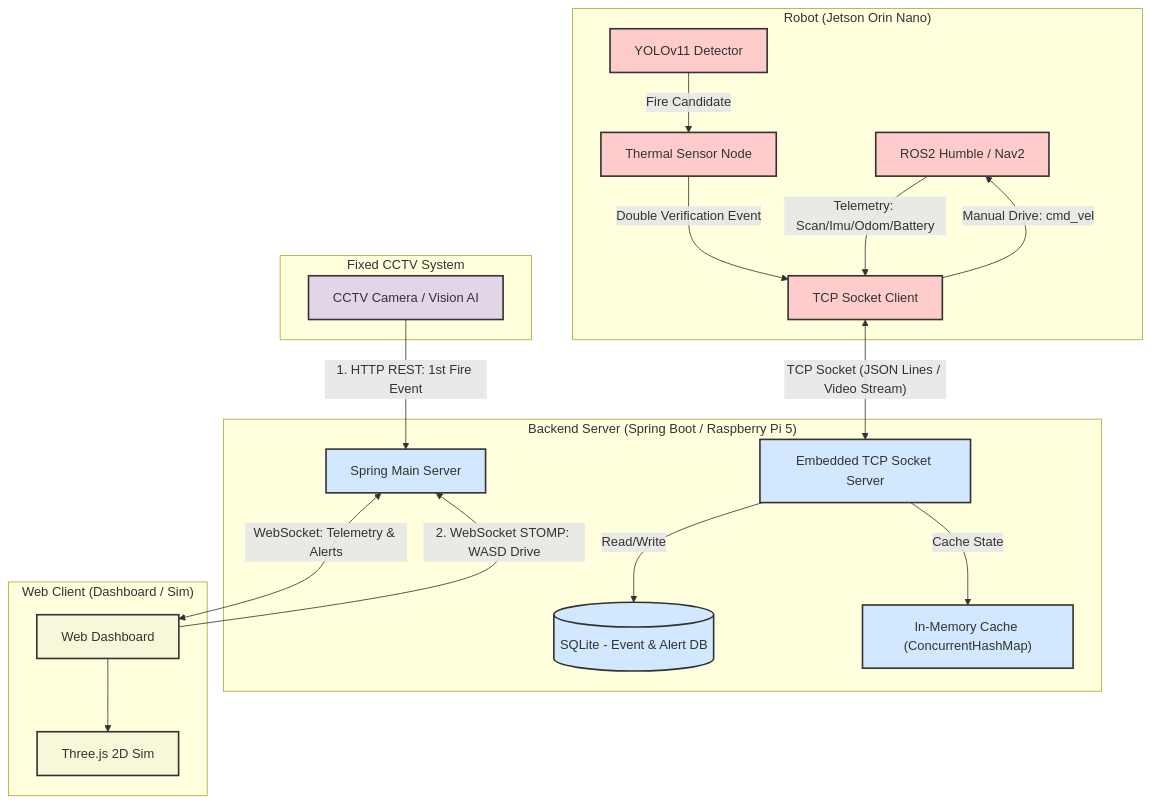
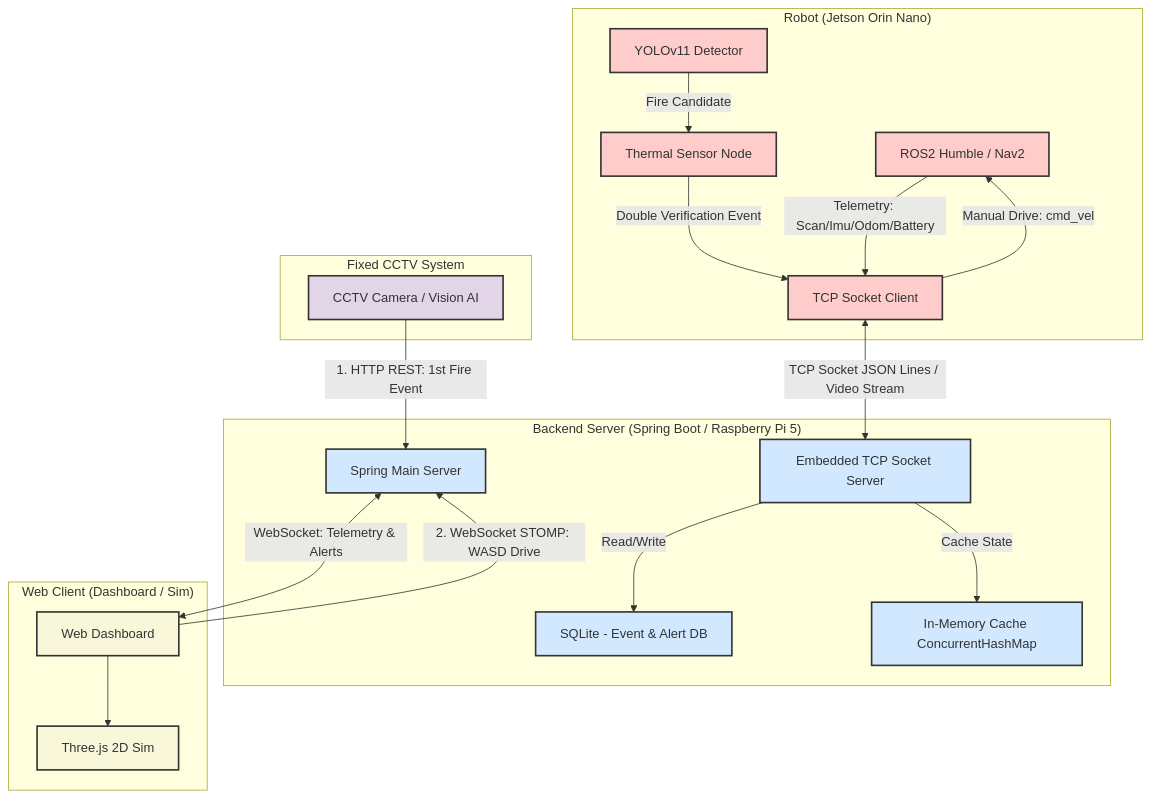
One commit to jinsung-mo/-BBIYONG-autonomous_driving_factory_patrol_robot changed the first of 2 diagrams in docs/architecture_and_api_spec.md. Above: the diagram before and after it, drawn with Mermaid. The commit also changed other lines of this file, not shown here.

Commit message:
docs: Refactor mermaid charts to fix parser compatibility on version 10.7.0

````diff
--- a/docs/architecture_and_api_spec.md
+++ b/docs/architecture_and_api_spec.md
@@ -13,49 +13,49 @@
 ```mermaid
 flowchart TD
     subgraph "Robot (Jetson Orin Nano)"
         ROS2[ROS2 Humble / Nav2]
         YOLO[YOLOv11 Detector]
         ThermalNode[Thermal Sensor Node]
         SocketClient[TCP Socket Client]
         
-        YOLO -->|"Fire Candidate"| ThermalNode
-        ThermalNode -->|"Double Verification Event"| SocketClient
-        ROS2 -->|"Telemetry: Scan/Imu/Odom/Battery"| SocketClient
-        SocketClient -->|"Manual Drive: cmd_vel"| ROS2
+        YOLO -->|Fire Candidate| ThermalNode
+        ThermalNode -->|Double Verification Event| SocketClient
+        ROS2 -->|Telemetry: Scan/Imu/Odom/Battery| SocketClient
+        SocketClient -->|Manual Drive: cmd_vel| ROS2
     end
 
     subgraph "Fixed CCTV System"
         CCTV[CCTV Camera / Vision AI]
     end
 
     subgraph "Backend Server (Spring Boot / Raspberry Pi 5)"
         Spring[Spring Main Server]
         SocketServer[Embedded TCP Socket Server]
-        SQLite[(SQLite - Event & Alert DB)]
-        InMemory["In-Memory Cache (ConcurrentHashMap)"]
+        SQLite[SQLite - Event & Alert DB]
+        InMemory[In-Memory Cache ConcurrentHashMap]
         
-        SocketClient <-->|"TCP Socket (JSON Lines / Video Stream)"| SocketServer
+        SocketClient <-->|TCP Socket JSON Lines / Video Stream| SocketServer
         SocketServer -->|Read/Write| SQLite
         SocketServer -->|Cache State| InMemory
-        CCTV -->|"1. HTTP REST: 1st Fire Event"| Spring
+        CCTV -->|1. HTTP REST: 1st Fire Event| Spring
     end
 
     subgraph "Web Client (Dashboard / Sim)"
         WebClient[Web Dashboard]
         ThreeJS[Three.js 2D Sim]
         
-        Spring <-->|"WebSocket: Telemetry & Alerts"| WebClient
-        WebClient -->|"2. WebSocket STOMP: WASD Drive"| Spring
+        Spring <-->|WebSocket: Telemetry & Alerts| WebClient
+        WebClient -->|2. WebSocket STOMP: WASD Drive| Spring
         WebClient --> ThreeJS
     end
 
-    classDef robot fill:#ffcccc,stroke:#333,stroke-width:2px,color:#333;
-    classDef backend fill:#d1e8ff,stroke:#333,stroke-width:2px,color:#333;
-    classDef web fill:#f9f7d9,stroke:#333,stroke-width:2px,color:#333;
-    classDef cctv fill:#e1d5e7,stroke:#333,stroke-width:2px,color:#333;
+    classDef robot fill:#ffcccc,stroke:#333,stroke-width:2px,color:#333
+    classDef backend fill:#d1e8ff,stroke:#333,stroke-width:2px,color:#333
+    classDef web fill:#f9f7d9,stroke:#333,stroke-width:2px,color:#333
+    classDef cctv fill:#e1d5e7,stroke:#333,stroke-width:2px,color:#333
 
-    class ROS2,YOLO,ThermalNode,SocketClient robot;
-    class Spring,SocketServer,SQLite,InMemory backend;
-    class WebClient,ThreeJS web;
-    class CCTV cctv;
+    class ROS2,YOLO,ThermalNode,SocketClient robot
+    class Spring,SocketServer,SQLite,InMemory backend
+    class WebClient,ThreeJS web
+    class CCTV cctv
 ```
````
